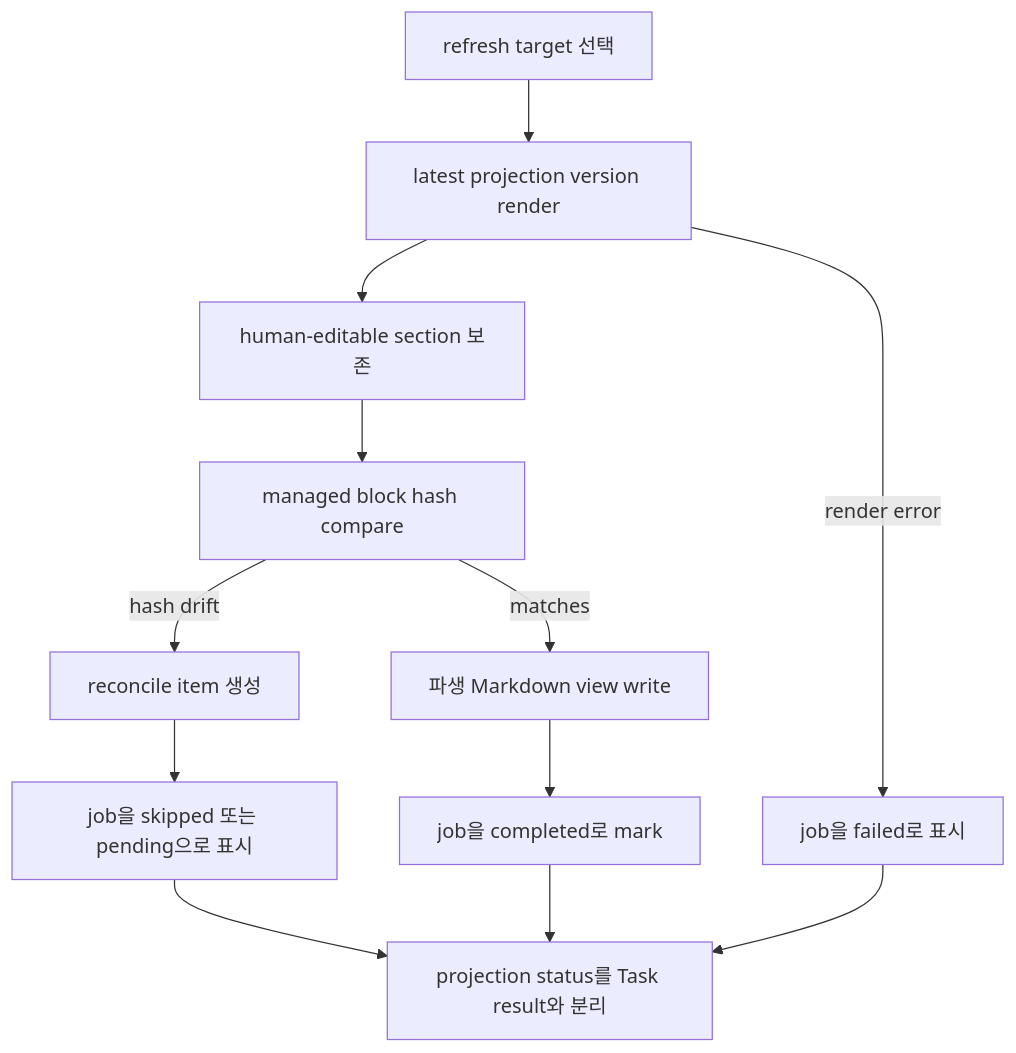
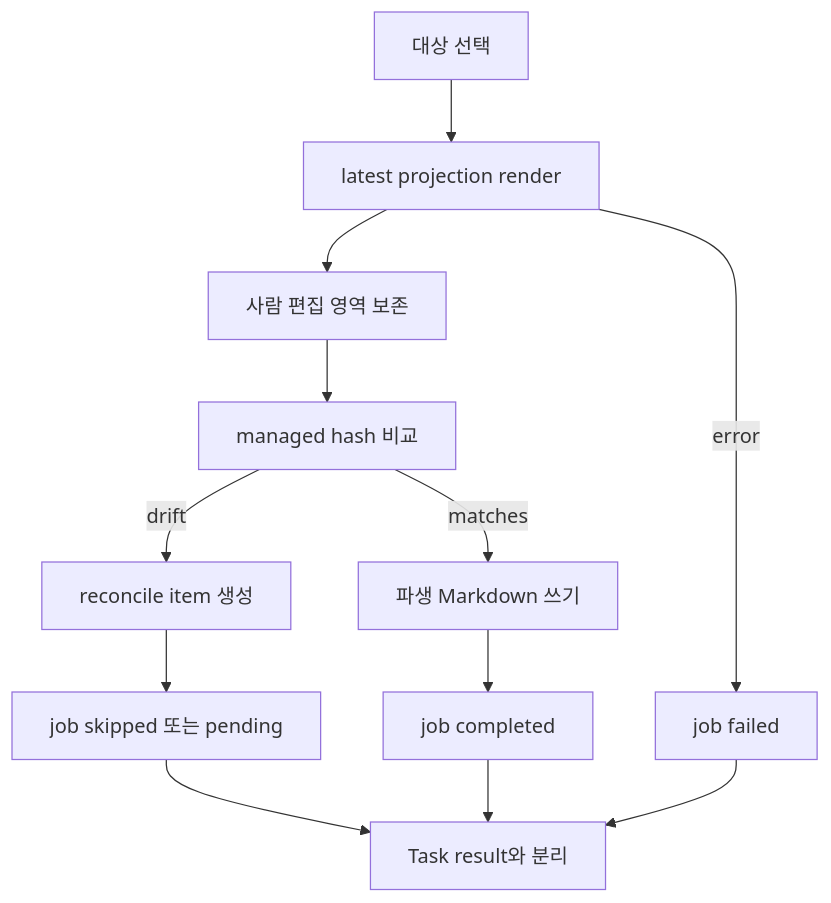
Before and after one commit to minjungw00/Harness_Project: the seventh of 11 diagrams in docs/ko/reference/operations-and-conformance.md, drawn with Mermaid. The commit also changed other lines of this file and 20 other files, not shown here.

Commit message:
docs: refresh diagrams for staged authority model

````diff
--- a/docs/ko/reference/operations-and-conformance.md
+++ b/docs/ko/reference/operations-and-conformance.md
@@ -415,14 +415,14 @@
 ```mermaid
 flowchart TD
-  Target["refresh target 선택"] --> Latest["latest projection version render"]
-  Latest --> Preserve["human-editable section 보존"]
-  Preserve --> Hash["managed block hash compare"]
-  Hash -- hash drift --> Reconcile["reconcile item 생성"]
-  Hash -- matches --> Write["파생 Markdown view write"]
-  Reconcile --> Skipped["job을 skipped 또는 pending으로 표시"]
-  Write --> Completed["job을 completed로 mark"]
-  Latest -- render error --> Failed["job을 failed로 표시"]
-  Completed --> Separate["projection status를 Task result와 분리"]
+  Target["대상 선택"] --> Latest["latest projection render"]
+  Latest --> Preserve["사람 편집 영역 보존"]
+  Preserve --> Hash["managed hash 비교"]
+  Hash -- drift --> Reconcile["reconcile item 생성"]
+  Hash -- matches --> Write["파생 Markdown 쓰기"]
+  Reconcile --> Skipped["job skipped 또는 pending"]
+  Write --> Completed["job completed"]
+  Latest -- error --> Failed["job failed"]
+  Completed --> Separate["Task result와 분리"]
   Failed --> Separate
   Skipped --> Separate
 ```
````
